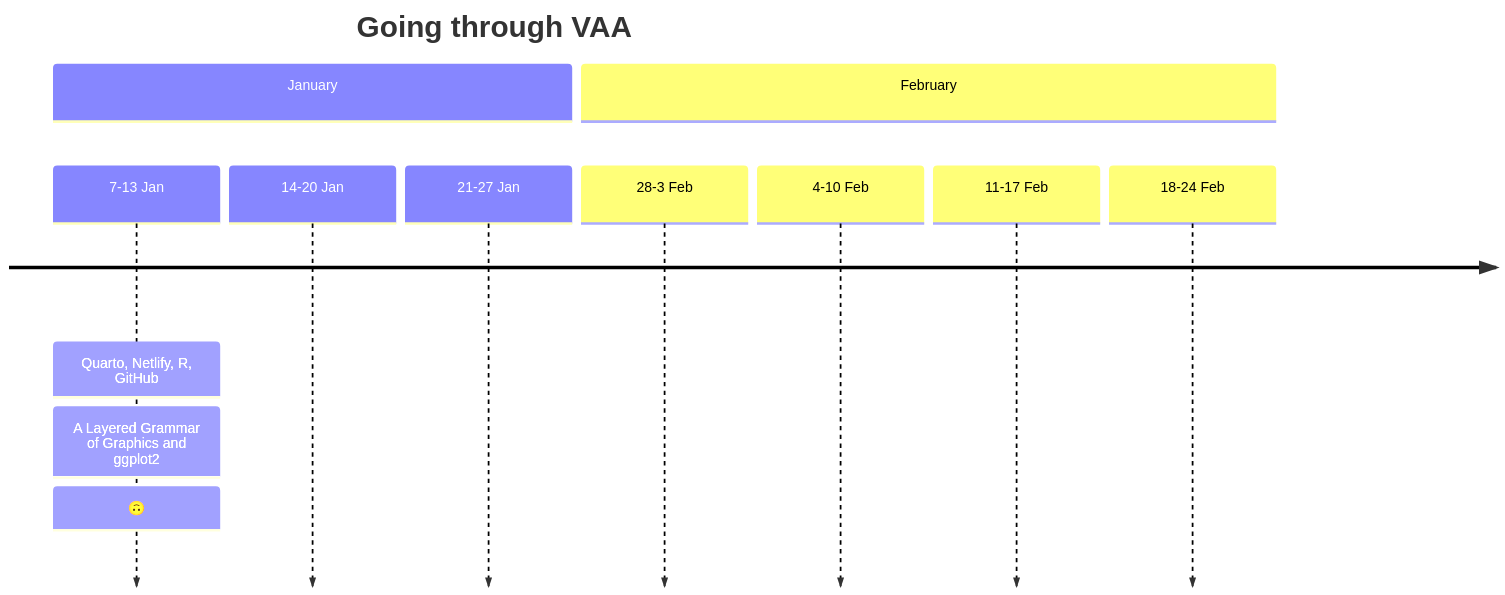
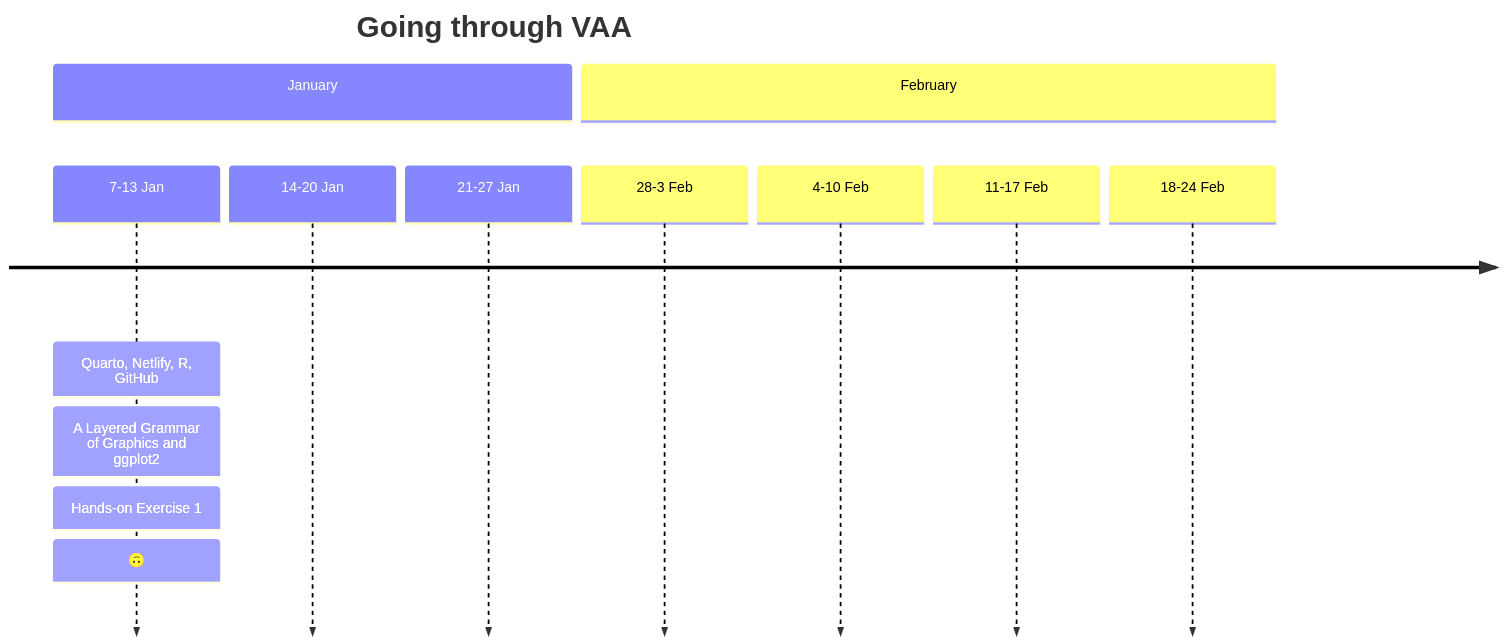
One commit to victorianeo/ISS608-VAA changed the second of 2 diagrams in index.qmd. Above: the diagram before and after it, drawn with Mermaid. The commit also changed other lines of this file and 3 other files, not shown here.

````diff
--- a/index.qmd
+++ b/index.qmd
@@ -39,17 +41,18 @@
 ```{mermaid}
 timeline
         title Going through VAA
         section January
           7-13 Jan : Quarto, Netlify, R, GitHub
                   : A Layered Grammar of Graphics and ggplot2
+                  : Hands-on Exercise 1
                   : 🙃
           14-20 Jan 
           21-27 Jan 
         section February
           28-3 Feb  
           4-10 Feb 
           11-17 Feb 
           18-24 Feb 
           
           
 ```
````
